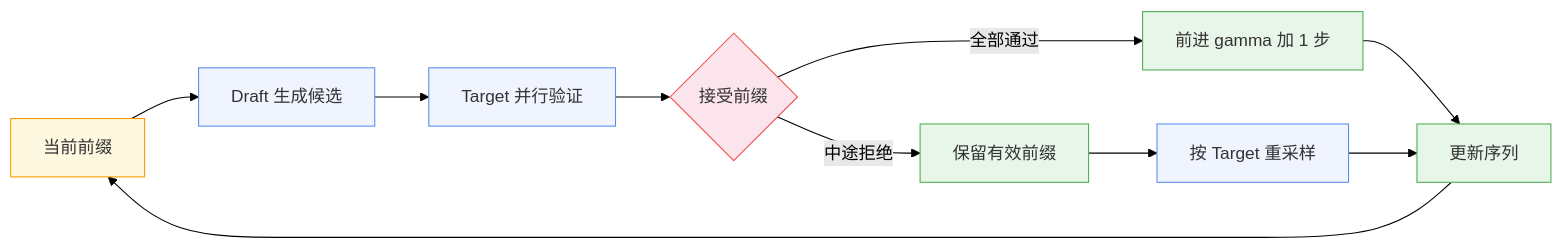
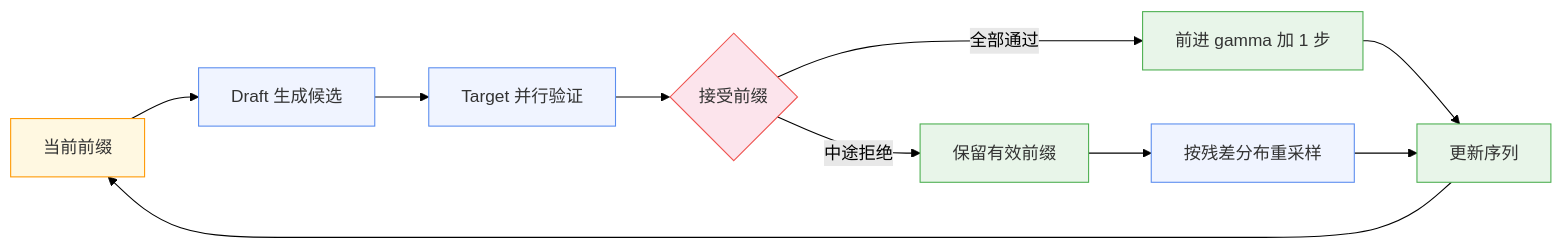
One commit to WryGill/wrygill.github.io changed the diagram in posts/2026-07-25-from-sd-to-mtp.md. Above: the diagram before and after it, drawn with Mermaid (forest theme). The commit also changed other lines of this file and 13 other files, not shown here.

````diff
--- a/posts/2026-07-25-from-sd-to-mtp.md
+++ b/posts/2026-07-25-from-sd-to-mtp.md
@@ -41,21 +39,21 @@
 ```mermaid
 flowchart LR
     A["当前前缀"] --> B["Draft 生成候选"]
     B --> C["Target 并行验证"]
     C --> D{"接受前缀"}
     D -->|全部通过| E["前进 gamma 加 1 步"]
     D -->|中途拒绝| F["保留有效前缀"]
-    F --> G["按 Target 重采样"]
+    F --> G["按残差分布重采样"]
     E --> H["更新序列"]
     G --> H
     H --> A
 
     classDef input fill:#fff8e1,stroke:#ff9800,color:#333;
     classDef process fill:#f0f4ff,stroke:#5b8def,color:#333;
     classDef decision fill:#fce4ec,stroke:#ef5350,color:#333;
     classDef output fill:#e8f5e9,stroke:#4caf50,color:#333;
     class A input;
     class B,C,G process;
     class D decision;
     class E,F,H output;
 ```
````
